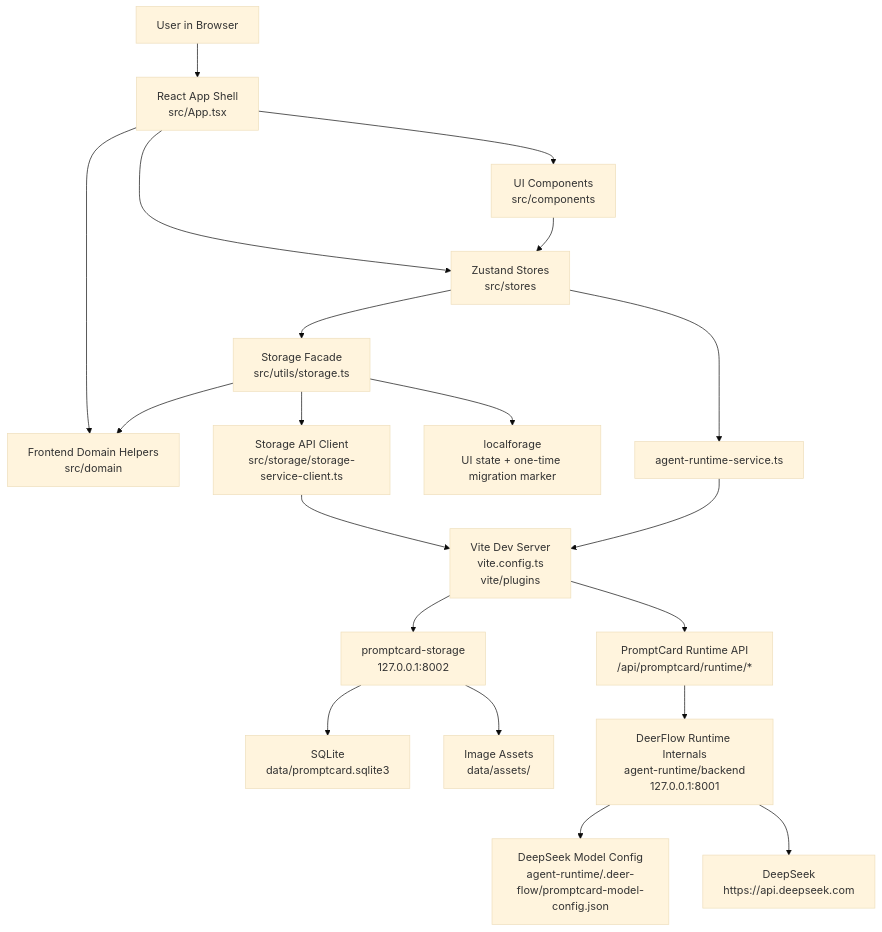
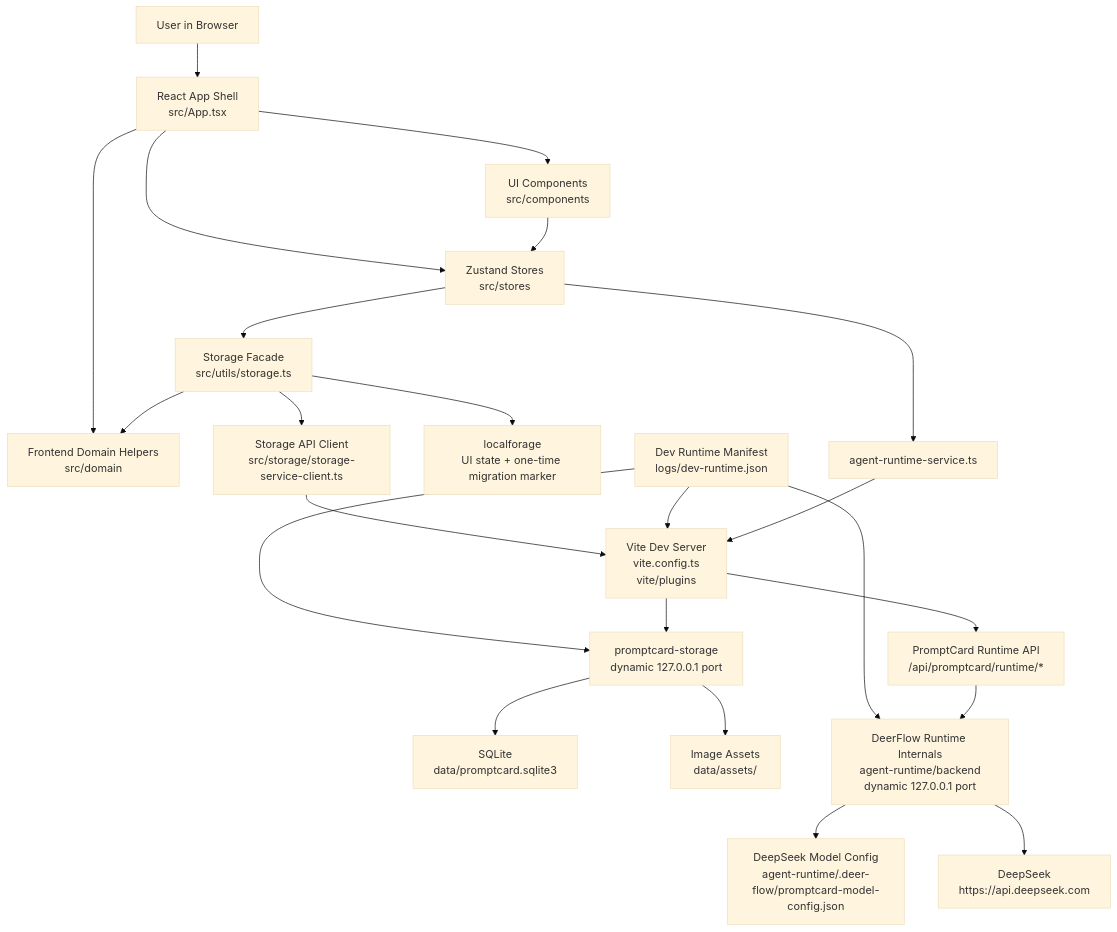
Before and after one commit to Aoye-3/PromptCard-Agent: the diagram in docs/architecture/system-architecture.md, drawn with Mermaid (base theme). The commit also changed other lines of this file and 36 other files, not shown here.

Commit message:
feat: add dynamic dev ports and free canvas project type

````diff
--- a/docs/architecture/system-architecture.md
+++ b/docs/architecture/system-architecture.md
@@ -11,39 +11,43 @@
 ```mermaid
 flowchart TD
   User["User in Browser"]
   App["React App Shell<br/>src/App.tsx"]
   Components["UI Components<br/>src/components"]
   Domain["Frontend Domain Helpers<br/>src/domain"]
   Stores["Zustand Stores<br/>src/stores"]
   Storage["Storage Facade<br/>src/utils/storage.ts"]
   StorageClient["Storage API Client<br/>src/storage/storage-service-client.ts"]
   BrowserDB["localforage<br/>UI state + one-time migration marker"]
-  StorageService["promptcard-storage<br/>127.0.0.1:8002"]
+  RuntimeManifest["Dev Runtime Manifest<br/>logs/dev-runtime.json"]
+  StorageService["promptcard-storage<br/>dynamic 127.0.0.1 port"]
   Vite["Vite Dev Server<br/>vite.config.ts<br/>vite/plugins"]
   Database["SQLite<br/>data/promptcard.sqlite3"]
   Assets["Image Assets<br/>data/assets/"]
   RuntimeBoundary["PromptCard Runtime API<br/>/api/promptcard/runtime/*"]
-  Runtime["DeerFlow Runtime Internals<br/>agent-runtime/backend<br/>127.0.0.1:8001"]
+  Runtime["DeerFlow Runtime Internals<br/>agent-runtime/backend<br/>dynamic 127.0.0.1 port"]
   DeepSeekConfig["DeepSeek Model Config<br/>agent-runtime/.deer-flow/promptcard-model-config.json"]
   DeepSeek["DeepSeek<br/>https://api.deepseek.com"]
 
   User --> App
   App --> Components
   App --> Domain
   App --> Stores
   Stores --> Storage
   Storage --> Domain
   Storage --> StorageClient
   Storage --> BrowserDB
   StorageClient --> Vite
+  RuntimeManifest --> Vite
+  RuntimeManifest --> StorageService
+  RuntimeManifest --> Runtime
   Vite --> StorageService
   StorageService --> Database
   StorageService --> Assets
   Components --> Stores
   Stores --> RuntimeService["agent-runtime-service.ts"]
   RuntimeService --> Vite
   Vite --> RuntimeBoundary
   RuntimeBoundary --> Runtime
   Runtime --> DeepSeekConfig
   Runtime --> DeepSeek
 ```
````
